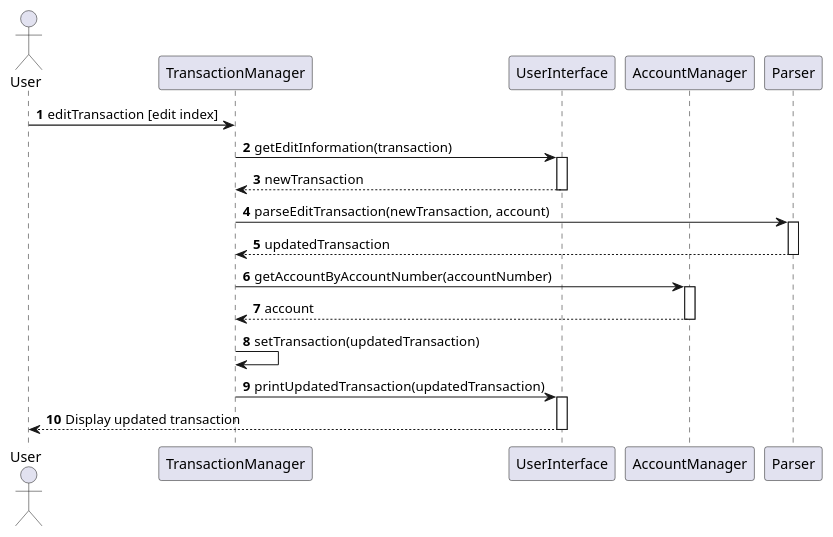
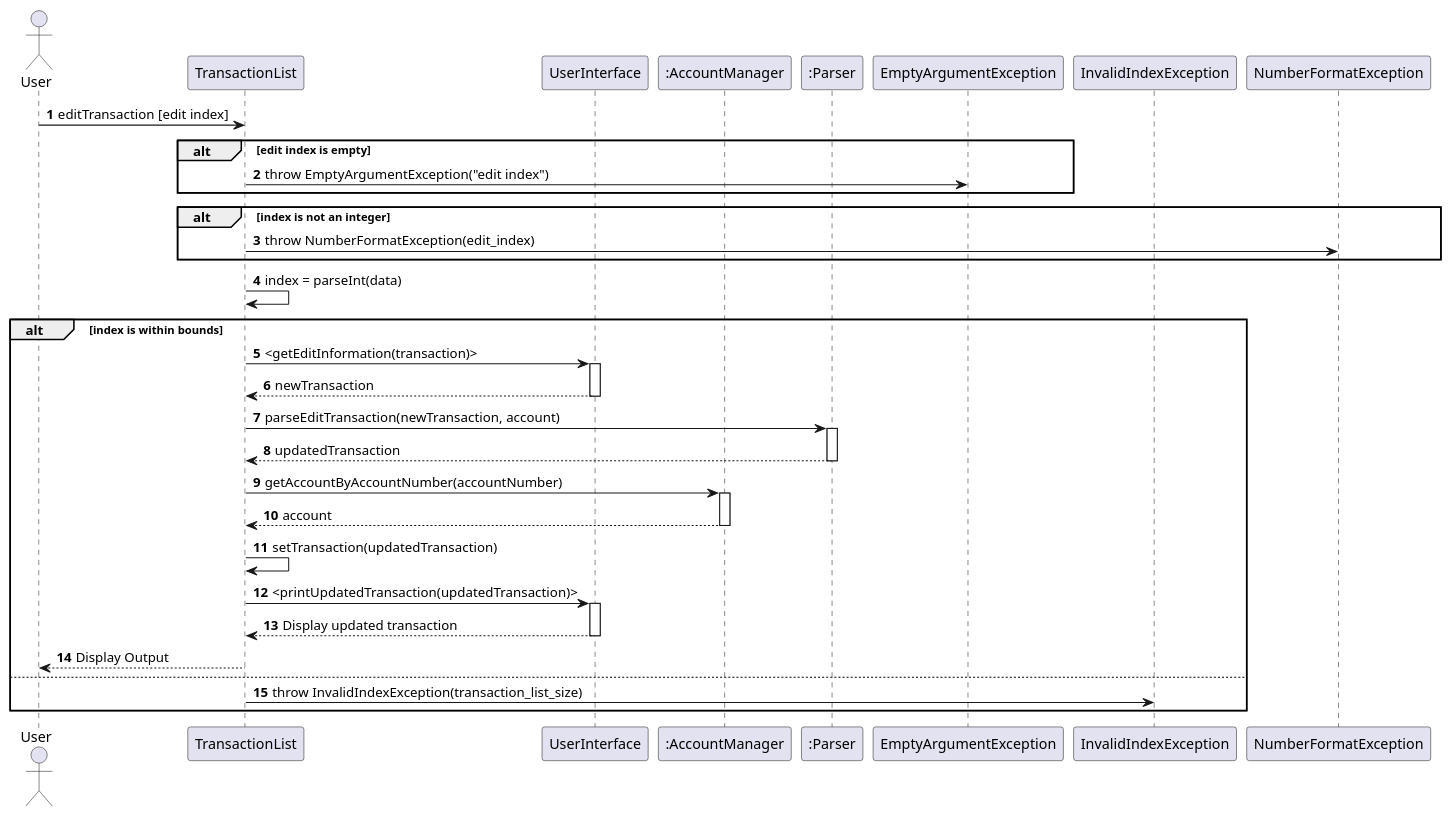
One commit to Vavinan/tp changed the diagram in docs/uml/processEditTransactionDiagram.puml. Above: the diagram before and after it, drawn with PlantUML. The commit also changed 3 other files, not shown here.

Commit message:
Update DG for removeTransaction and processEditTransaction

```diff
--- a/docs/uml/processEditTransactionDiagram.puml
+++ b/docs/uml/processEditTransactionDiagram.puml
@@ -1,30 +1,49 @@
 @startuml
 'https://plantuml.com/sequence-diagram
 
 autonumber
 
 actor User
-participant "TransactionManager" as TM
+participant "TransactionList" as TL
 participant "UserInterface" as UI
-participant "AccountManager" as AM
-participant "Parser" as P
+participant ":AccountManager" as AM
+participant ":Parser" as P
+participant "EmptyArgumentException" as EAE
+participant "InvalidIndexException" as IIE
+participant "NumberFormatException" as NFE
+User -> TL: editTransaction [edit index]
 
-User -> TM: editTransaction [edit index]
-TM -> UI: getEditInformation(transaction)
-activate UI
-UI --> TM: newTransaction
-deactivate UI
-TM -> P: parseEditTransaction(newTransaction, account)
-activate P
-P --> TM: updatedTransaction
-deactivate P
-TM -> AM: getAccountByAccountNumber(accountNumber)
-activate AM
-AM --> TM: account
-deactivate AM
-TM -> TM: setTransaction(updatedTransaction)
-TM -> UI: printUpdatedTransaction(updatedTransaction)
-activate UI
-UI --> User: Display updated transaction
-deactivate UI
+alt edit index is empty
+    TL -> EAE: throw EmptyArgumentException("edit index")
+end
+alt index is not an integer
+    TL -> NFE : throw NumberFormatException(edit_index)
+end
+TL -> TL: index = parseInt(data)
+alt index is within bounds
+    TL -> UI: <getEditInformation(transaction)>
+    activate UI
+    UI --> TL: newTransaction
+    deactivate UI
+    TL -> P: parseEditTransaction(newTransaction, account)
+    activate P
+    P --> TL: updatedTransaction
+    deactivate P
+
+    TL -> AM: getAccountByAccountNumber(accountNumber)
+    activate AM
+    AM --> TL: account
+    deactivate AM
+
+    TL -> TL: setTransaction(updatedTransaction)
+
+    TL -> UI: <printUpdatedTransaction(updatedTransaction)>
+    activate UI
+    UI --> TL: Display updated transaction
+    deactivate UI
+    TL --> User: Display Output
+else
+    TL -> IIE: throw InvalidIndexException(transaction_list_size)
+end
+
 @enduml
```
